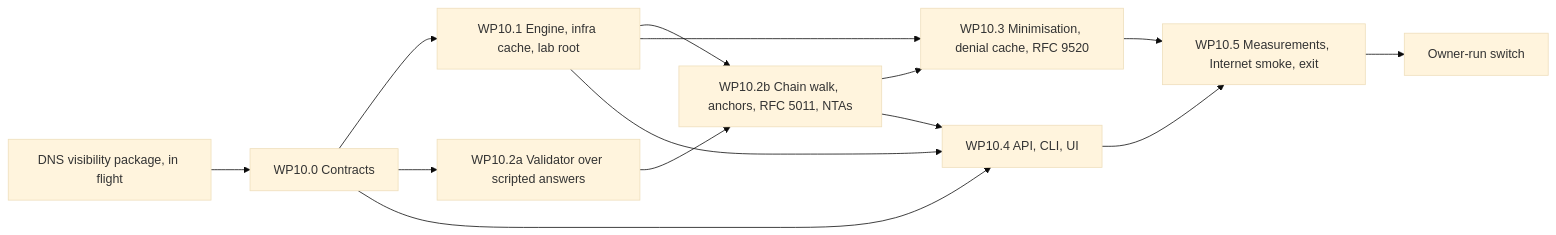
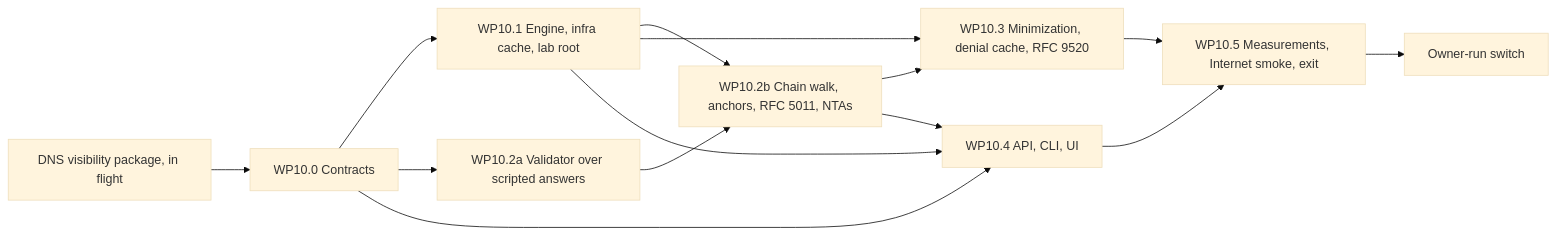
Before and after one commit to linkztream/tenko: the diagram in docs/plans/dns-recursion-plan.md, drawn with Mermaid (base theme). The commit also changed other lines of this file and 745 other files, not shown here.

````diff
--- a/docs/plans/dns-recursion-plan.md
+++ b/docs/plans/dns-recursion-plan.md
@@ -336,16 +336,16 @@
 ```mermaid
 graph LR
   V[DNS visibility package, in flight] --> C[WP10.0 Contracts]
   C --> E[WP10.1 Engine, infra cache, lab root]
   C --> VA[WP10.2a Validator over scripted answers]
   E --> VB[WP10.2b Chain walk, anchors, RFC 5011, NTAs]
   VA --> VB
-  E --> Q[WP10.3 Minimisation, denial cache, RFC 9520]
+  E --> Q[WP10.3 Minimization, denial cache, RFC 9520]
   VB --> Q
   C --> U[WP10.4 API, CLI, UI]
   E --> U
   VB --> U
   Q --> M[WP10.5 Measurements, Internet smoke, exit]
   U --> M
   M --> H[Owner-run switch]
 ```
````
